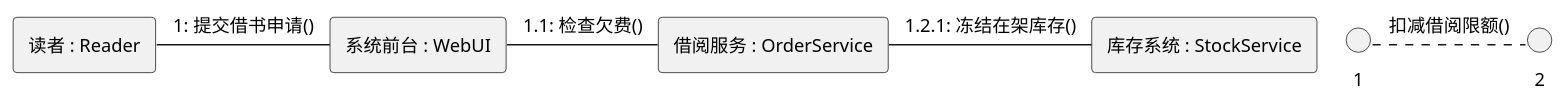
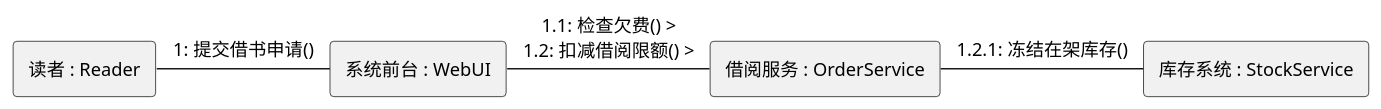
One commit to cpsa3/software-designer-fast-pass changed the ninth of 11 diagrams in 02-visual-diagrams/02-UML核心建模图谱.md. Above: the diagram before and after it, drawn with PlantUML. The commit also changed other lines of this file, not shown here.

Commit message:
fix(uml): adopt Mermaid for macro architecture and fix PlantUML newline syntax errors

````diff
--- a/02-visual-diagrams/02-UML核心建模图谱.md
+++ b/02-visual-diagrams/02-UML核心建模图谱.md
@@ -394,16 +416,16 @@
 ```plantuml
 @startuml
 !pragma layout smetana
 skinparam dpi 125
 skinparam defaultFontSize 12
+
 rectangle "读者 : Reader" as Reader
 rectangle "系统前台 : WebUI" as WebUI
 rectangle "借阅服务 : OrderService" as OrderSvc
 rectangle "库存系统 : StockService" as StockSvc
 
 Reader - WebUI : 1: 提交借书申请() >
-WebUI - OrderSvc : 1.1: 检查欠费() >
-1.2: 扣减借阅限额() >
+WebUI - OrderSvc : 1.1: 检查欠费() >\n1.2: 扣减借阅限额() >
 OrderSvc - StockSvc : 1.2.1: 冻结在架库存() >
 @enduml
 ```
````
